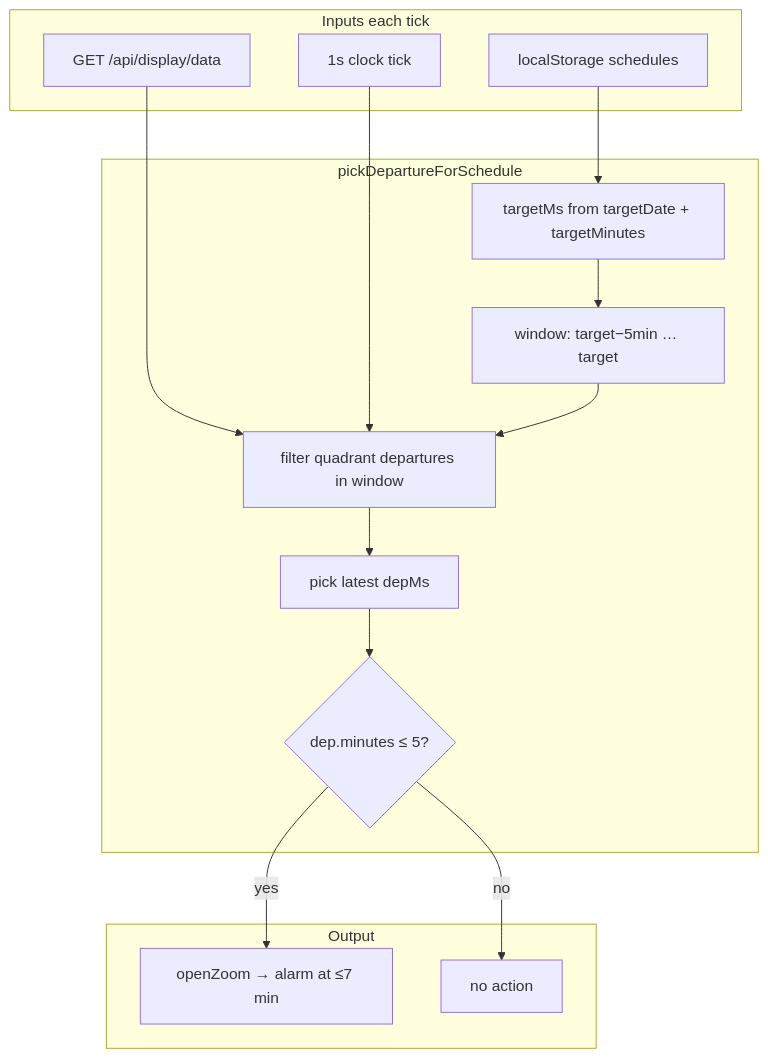
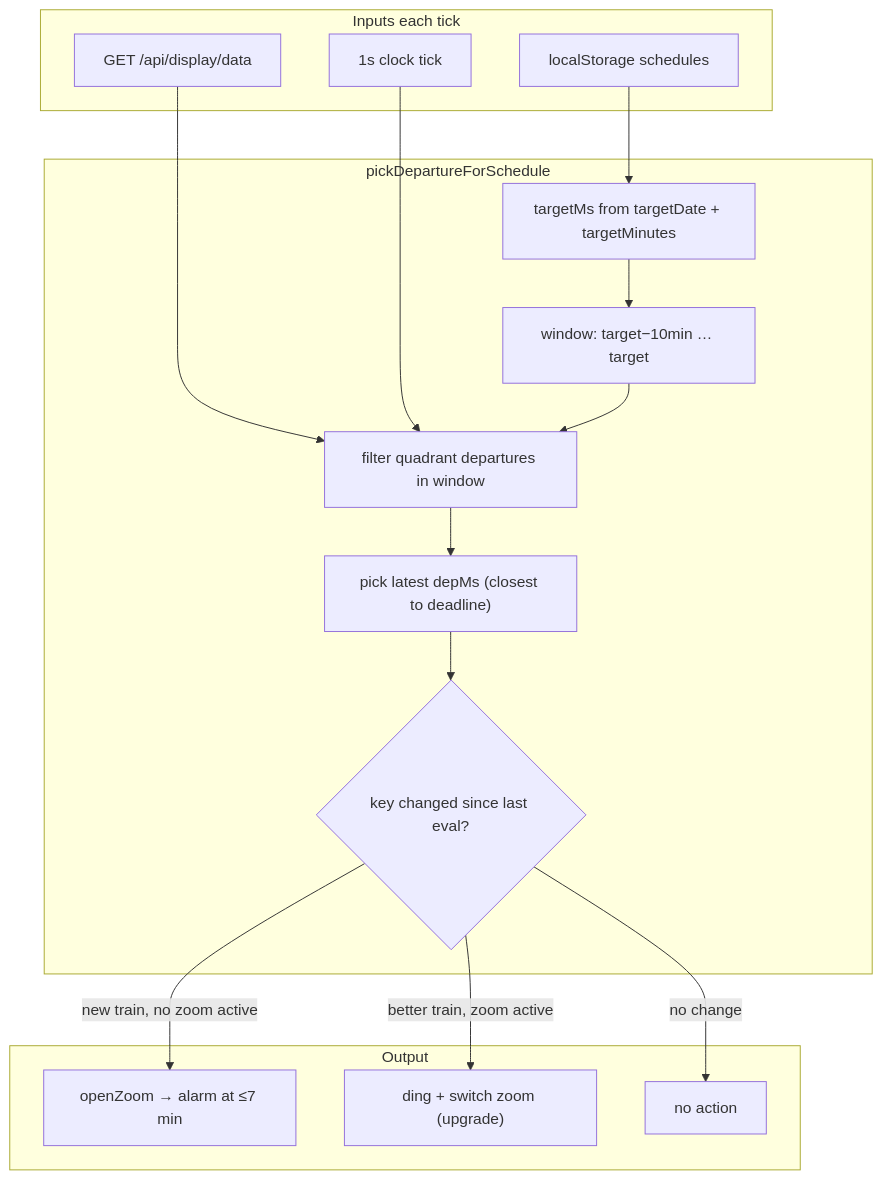
The fifth of 5 diagrams in README.md (momonala/trainspotter), drawn with Mermaid before and after one commit. The commit also changed other lines of this file and 1 other file, not shown here.

Commit message:
fix(alarm): use distinct ding tone for schedule upgrades
  - add dingOnce() — single sine wave at C6 with 0.8s decay

````diff
--- a/README.md
+++ b/README.md
@@ -285,31 +285,33 @@
 ```mermaid
 flowchart TD
   subgraph inputs [Inputs each tick]
     Poll["GET /api/display/data"]
     LS["localStorage schedules"]
     Clock["1s clock tick"]
   end
 
   subgraph matcher [pickDepartureForSchedule]
     Target["targetMs from targetDate + targetMinutes"]
-    Window["window: target−5min … target"]
+    Window["window: target−10min … target"]
     Filter["filter quadrant departures in window"]
-    Latest["pick latest depMs"]
-    Trigger{"dep.minutes ≤ 5?"}
+    Latest["pick latest depMs (closest to deadline)"]
+    Trigger{"key changed since last eval?"}
   end
 
   subgraph output [Output]
     Zoom["openZoom → alarm at ≤7 min"]
+    Upgrade["ding + switch zoom (upgrade)"]
     Idle["no action"]
   end
 
   Poll --> Filter
   LS --> Target
   Clock --> Filter
   Target --> Window
   Window --> Filter
   Filter --> Latest
   Latest --> Trigger
-  Trigger -->|yes| Zoom
-  Trigger -->|no| Idle
+  Trigger -->|"new train, no zoom active"| Zoom
+  Trigger -->|"better train, zoom active"| Upgrade
+  Trigger -->|no change| Idle
 ```
````
